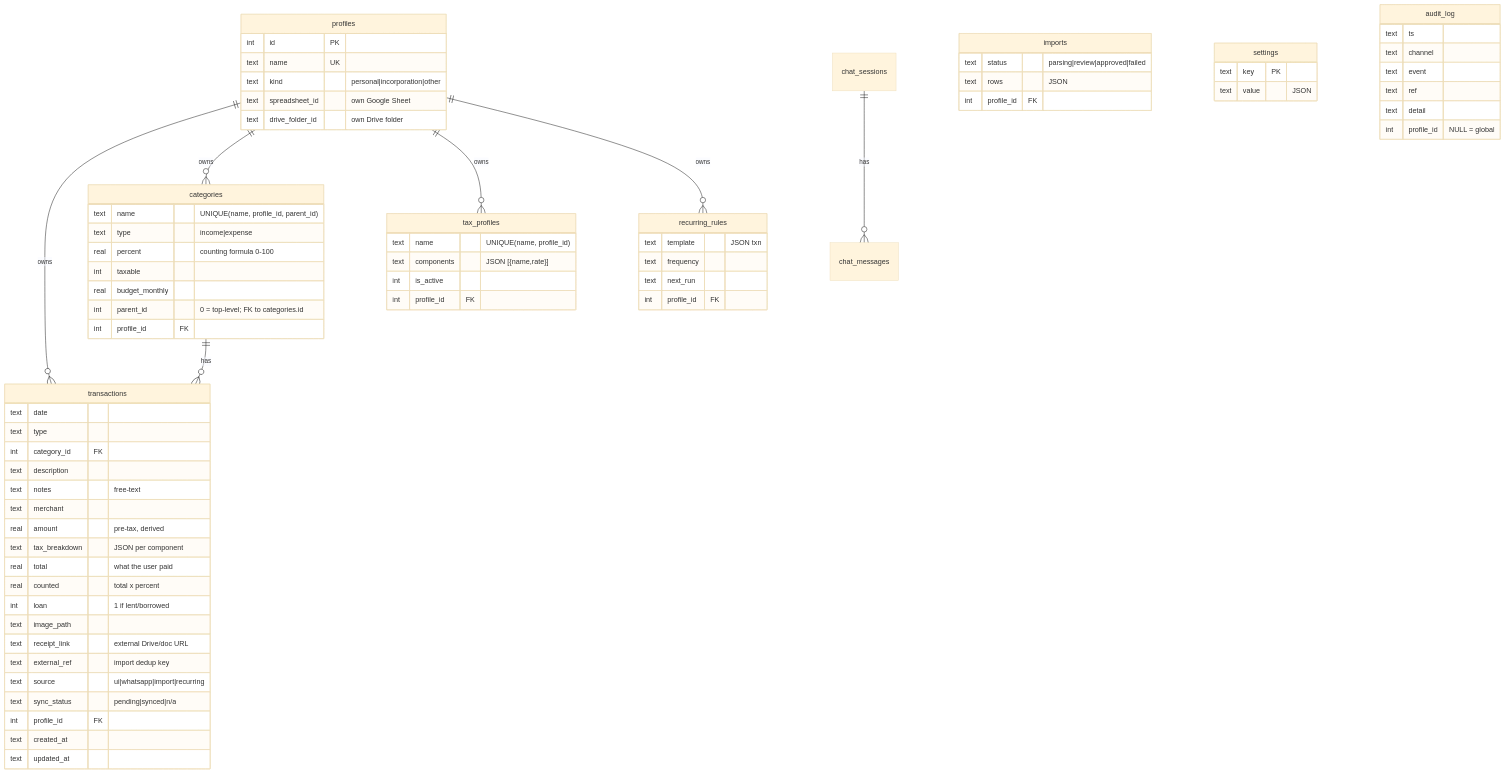
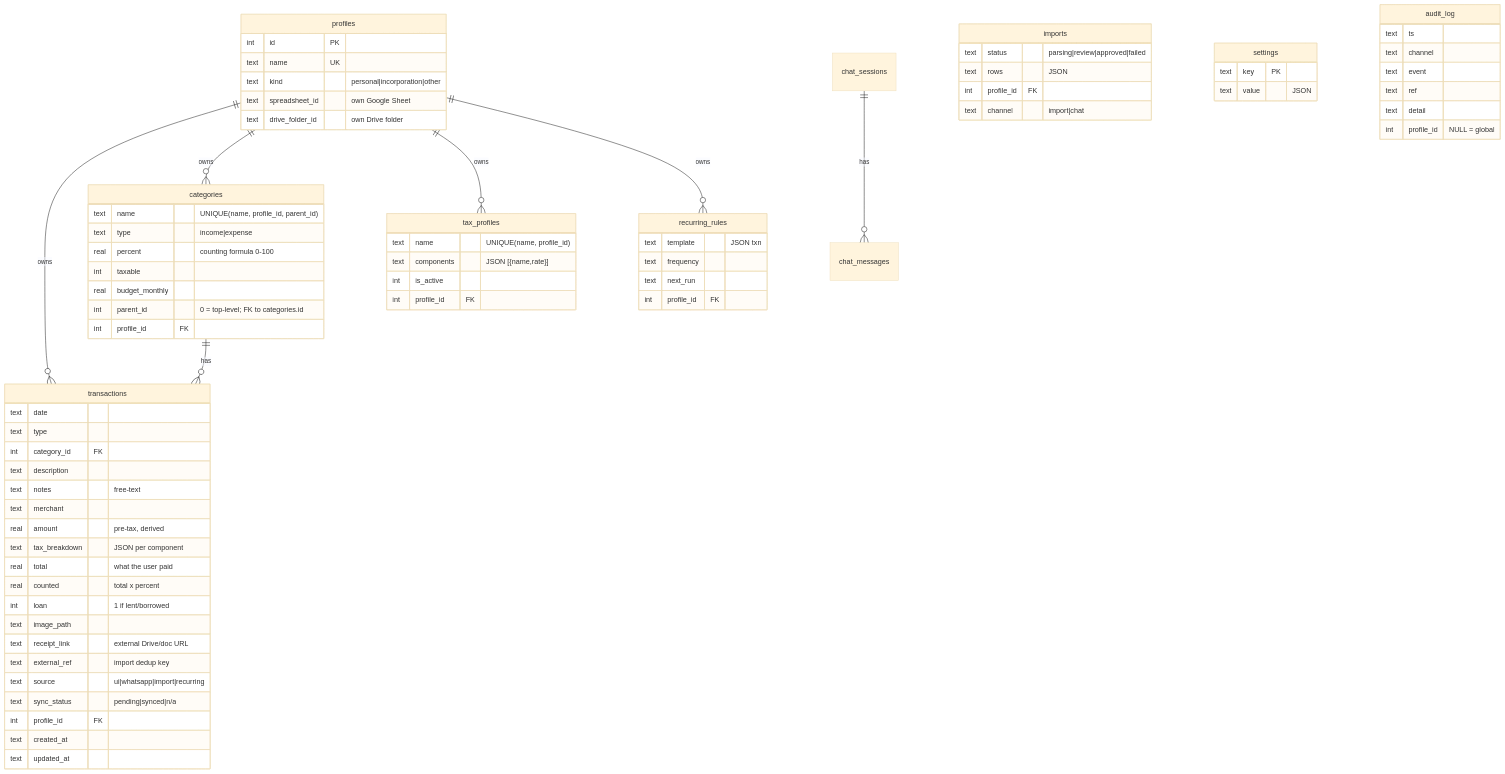
Before and after one commit to samsandeepmalik/agentic-expense-manager: the fourth of 5 diagrams in docs/architecture.md, drawn with Mermaid (base theme). The commit also changed other lines of this file and 3 other files, not shown here.

First line of the commit message:
docs: document chat statement import (web v1)

````diff
--- a/docs/architecture.md
+++ b/docs/architecture.md
@@ -252,75 +271,76 @@
 ```mermaid
 erDiagram
     profiles ||--o{ transactions : owns
     profiles ||--o{ categories : owns
     profiles ||--o{ tax_profiles : owns
     profiles ||--o{ recurring_rules : owns
     categories ||--o{ transactions : has
     chat_sessions ||--o{ chat_messages : has
     profiles {
         int id PK
         text name UK
         text kind "personal|incorporation|other"
         text spreadsheet_id "own Google Sheet"
         text drive_folder_id "own Drive folder"
     }
     categories {
         text name "UNIQUE(name, profile_id, parent_id)"
         text type "income|expense"
         real percent "counting formula 0-100"
         int taxable
         real budget_monthly
         int parent_id "0 = top-level; FK to categories.id"
         int profile_id FK
     }
     transactions {
         text date
         text type
         int category_id FK
         text description
         text notes "free-text"
         text merchant
         real amount "pre-tax, derived"
         text tax_breakdown "JSON per component"
         real total "what the user paid"
         real counted "total x percent"
         int loan "1 if lent/borrowed"
         text image_path
         text receipt_link "external Drive/doc URL"
         text external_ref "import dedup key"
         text source "ui|whatsapp|import|recurring"
         text sync_status "pending|synced|n/a"
         int profile_id FK
         text created_at
         text updated_at
     }
     tax_profiles {
         text name "UNIQUE(name, profile_id)"
         text components "JSON [{name,rate}]"
         int is_active
         int profile_id FK
     }
     recurring_rules {
         text template "JSON txn"
         text frequency
         text next_run
         int profile_id FK
     }
     imports {
         text status "parsing|review|approved|failed"
         text rows "JSON"
         int profile_id FK
+        text channel "import|chat"
     }
     settings {
         text key PK
         text value "JSON"
     }
     audit_log {
         text ts
         text channel
         text event
         text ref
         text detail
         int profile_id "NULL = global"
     }
 ```
````
